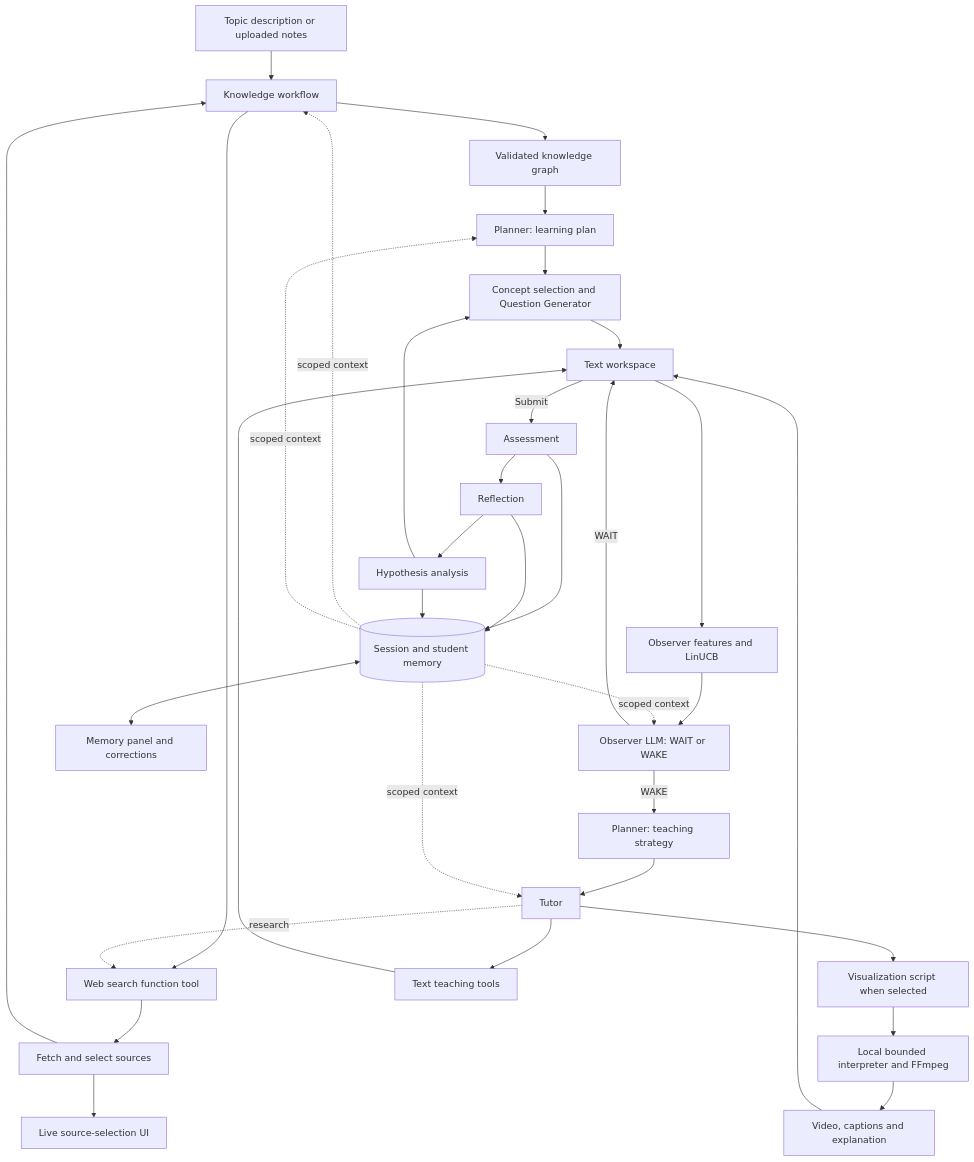
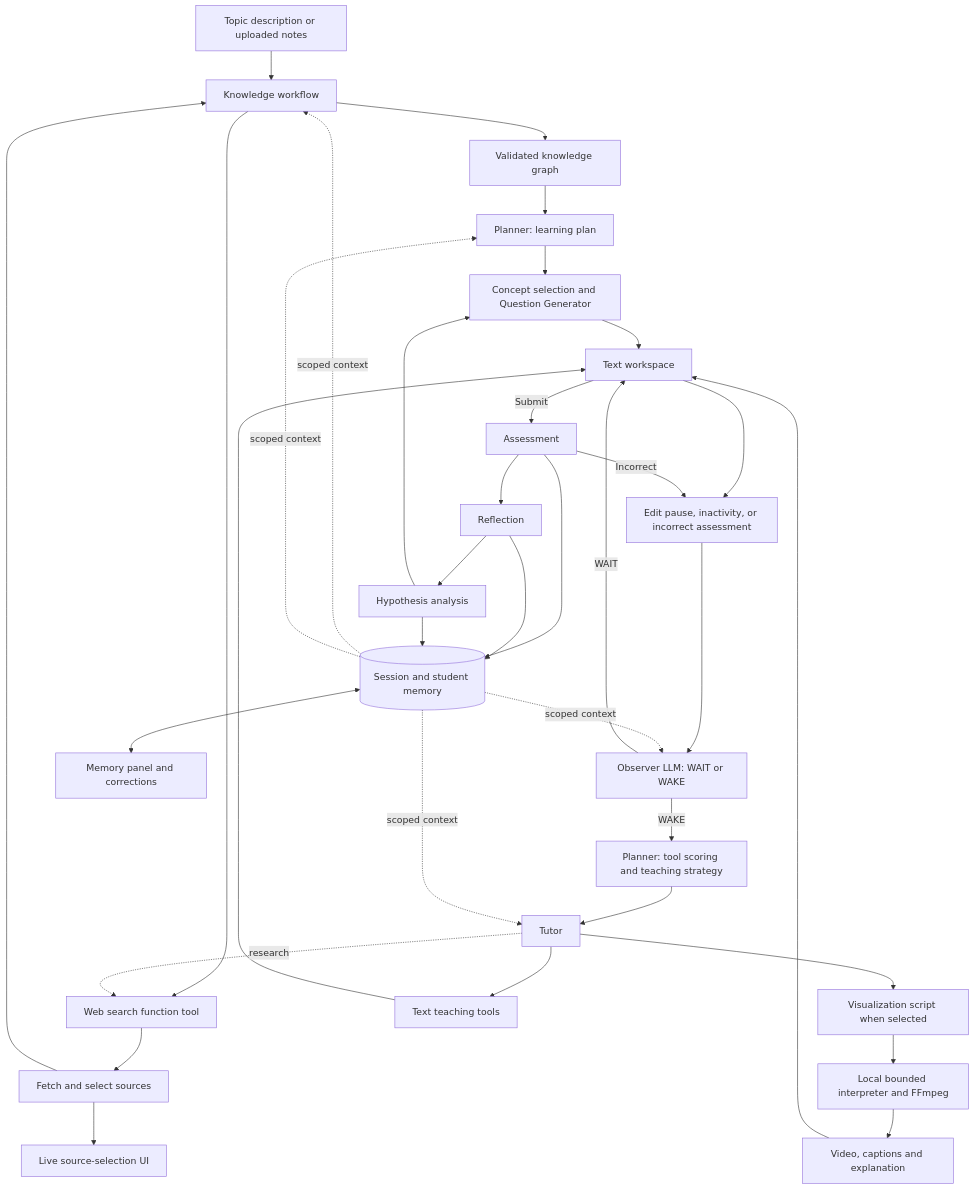
The diagram in docs/ARCHITECTURE.md (nischaya23/AgenticAITUTOR), drawn with Mermaid before and after one commit. The commit also changed other lines of this file and 24 other files, not shown here.

````diff
--- a/docs/ARCHITECTURE.md
+++ b/docs/ARCHITECTURE.md
@@ -59,36 +55,37 @@
 ```mermaid
 flowchart TD
     Start[Topic description or uploaded notes] --> Knowledge[Knowledge workflow]
     Knowledge --> Search[Web search function tool]
     Search --> Sources[Fetch and select sources]
     Sources --> Timeline[Live source-selection UI]
     Sources --> Knowledge
     Knowledge --> Graph[Validated knowledge graph]
     Graph --> Plan[Planner: learning plan]
     Plan --> Question[Concept selection and Question Generator]
     Question --> Work[Text workspace]
-    Work --> Numeric[Observer features and LinUCB]
-    Numeric --> Review[Observer LLM: WAIT or WAKE]
+    Work --> Triggers[Edit pause, inactivity, or incorrect assessment]
+    Triggers --> Review[Observer LLM: WAIT or WAKE]
     Review -->|WAIT| Work
-    Review -->|WAKE| Selection[Planner: teaching strategy]
+    Review -->|WAKE| Selection[Planner: tool scoring and teaching strategy]
     Selection --> Tutor[Tutor]
     Tutor -. research .-> Search
     Tutor --> Visual[Visualization script when selected]
     Visual --> Render[Local bounded interpreter and FFmpeg]
     Render --> Video[Video, captions and explanation]
     Tutor --> Text[Text teaching tools]
     Video --> Work
     Text --> Work
     Work -->|Submit| Grade[Assessment]
+    Grade -->|Incorrect| Triggers
     Grade --> Reflect[Reflection]
     Reflect --> Hypotheses[Hypothesis analysis]
     Hypotheses --> Question
     Grade --> Memory[(Session and student memory)]
     Reflect --> Memory
     Hypotheses --> Memory
     Memory <--> Panel[Memory panel and corrections]
     Memory -. scoped context .-> Knowledge
     Memory -. scoped context .-> Plan
     Memory -. scoped context .-> Review
     Memory -. scoped context .-> Tutor
 ```
````
